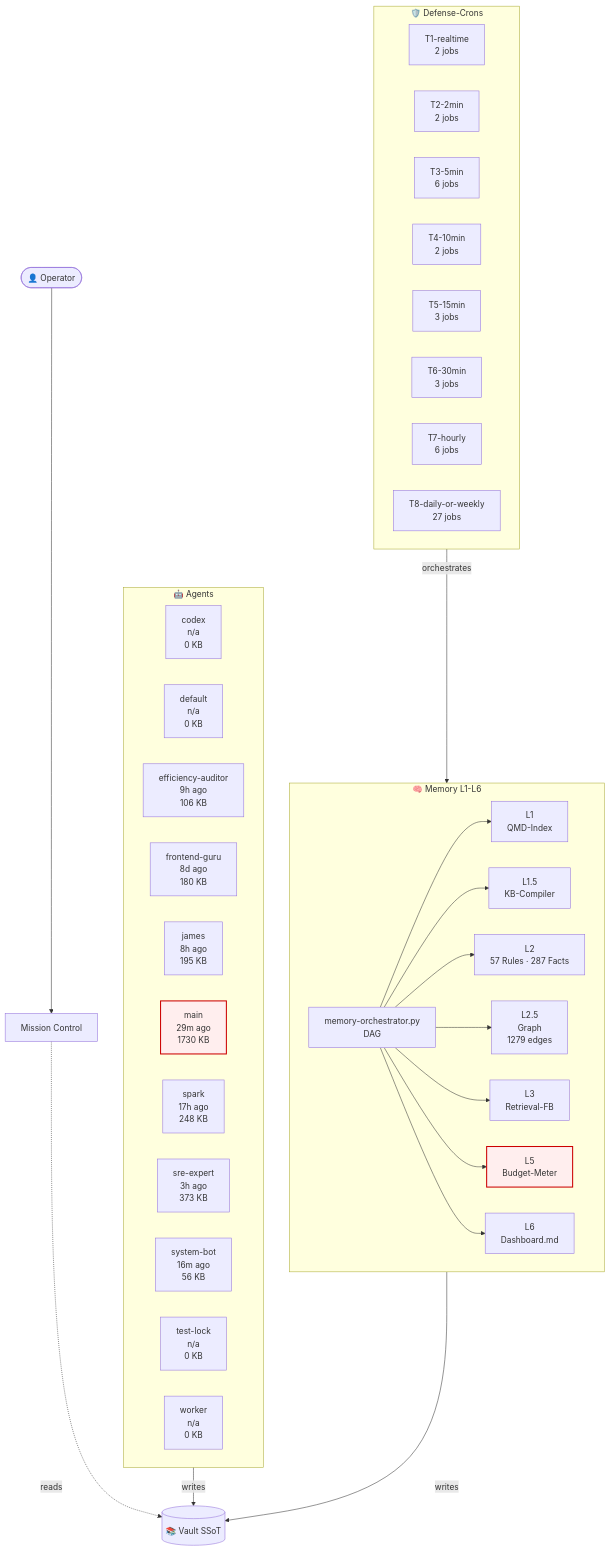
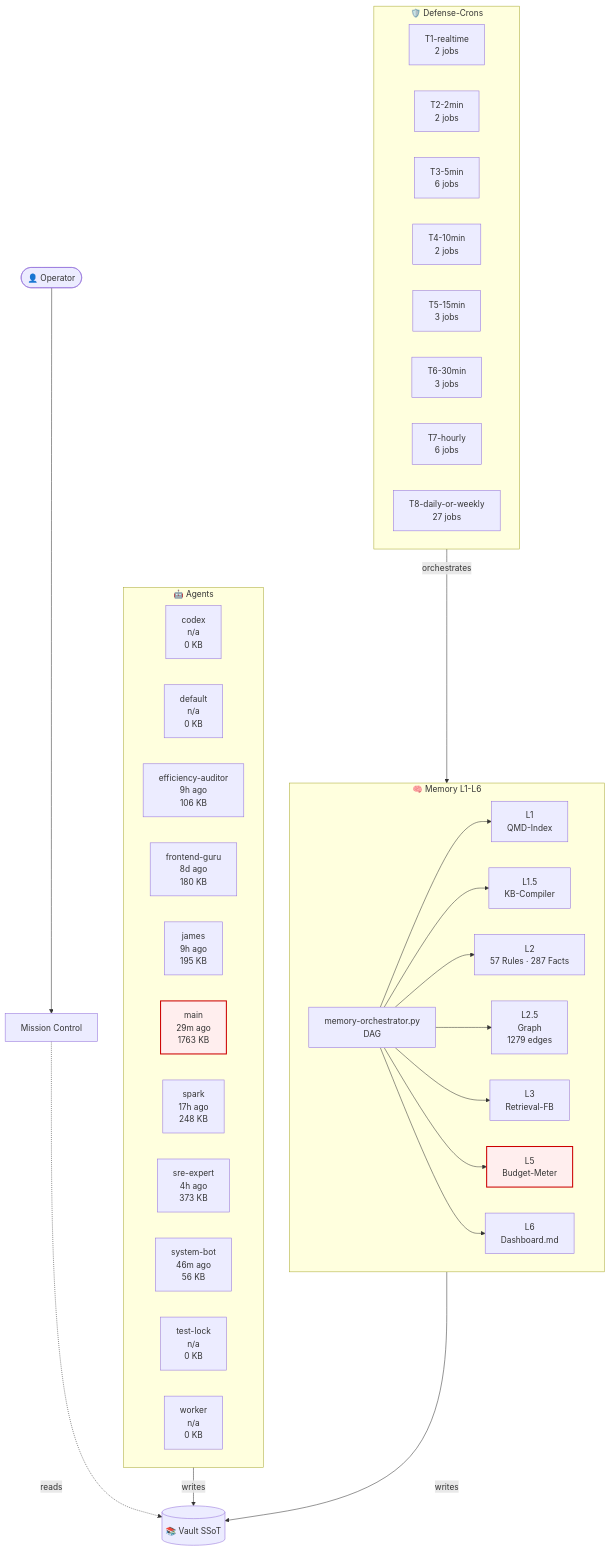
Before and after one commit to lenardhuebner88-rgb/openclaw-memory: the diagram in 03-Agents/architecture-live.md, drawn with Mermaid. The commit also changed other lines of this file and 13 other files, not shown here.

````diff
--- a/03-Agents/architecture-live.md
+++ b/03-Agents/architecture-live.md
@@ -18,54 +18,54 @@
 ```mermaid
 flowchart TB
     classDef critical fill:#fee,stroke:#c00,stroke-width:2px;
     subgraph AGT["🤖 Agents"]
         agent_codex["codex<br/>n/a<br/>0 KB"]
         agent_default["default<br/>n/a<br/>0 KB"]
         agent_efficiency_auditor["efficiency-auditor<br/>9h ago<br/>106 KB"]
         agent_frontend_guru["frontend-guru<br/>8d ago<br/>180 KB"]
-        agent_james["james<br/>8h ago<br/>195 KB"]
-        agent_main["main<br/>29m ago<br/>1730 KB"]
+        agent_james["james<br/>9h ago<br/>195 KB"]
+        agent_main["main<br/>29m ago<br/>1763 KB"]
         agent_spark["spark<br/>17h ago<br/>248 KB"]
-        agent_sre_expert["sre-expert<br/>3h ago<br/>373 KB"]
-        agent_system_bot["system-bot<br/>16m ago<br/>56 KB"]
+        agent_sre_expert["sre-expert<br/>4h ago<br/>373 KB"]
+        agent_system_bot["system-bot<br/>46m ago<br/>56 KB"]
         agent_test_lock["test-lock<br/>n/a<br/>0 KB"]
         agent_worker["worker<br/>n/a<br/>0 KB"]
     end
     subgraph MEM["🧠 Memory L1-L6"]
         L1["L1<br/>QMD-Index"]
         L15["L1.5<br/>KB-Compiler"]
         L2["L2<br/>57 Rules · 287 Facts"]
         L25["L2.5<br/>Graph<br/>1279 edges"]
         L3["L3<br/>Retrieval-FB"]
         L5["L5<br/>Budget-Meter"]
         L6["L6<br/>Dashboard.md"]
         ORCH["memory-orchestrator.py<br/>DAG"]
     end
     subgraph CRN["🛡️ Defense-Crons"]
         tier_T1_realtime["T1-realtime<br/>2 jobs"]
         tier_T2_2min["T2-2min<br/>2 jobs"]
         tier_T3_5min["T3-5min<br/>6 jobs"]
         tier_T4_10min["T4-10min<br/>2 jobs"]
         tier_T5_15min["T5-15min<br/>3 jobs"]
         tier_T6_30min["T6-30min<br/>3 jobs"]
         tier_T7_hourly["T7-hourly<br/>6 jobs"]
         tier_T8_daily_or_weekly["T8-daily-or-weekly<br/>27 jobs"]
     end
     VAULT[("📚 Vault SSoT")]
     OP([👤 Operator])
     MC["Mission Control"]
     OP --> MC
     MC -.reads.-> VAULT
     AGT -->|writes| VAULT
     MEM -->|writes| VAULT
     ORCH --> L1
     ORCH --> L15
     ORCH --> L2
     ORCH --> L25
     ORCH --> L3
     ORCH --> L5
     ORCH --> L6
     CRN -->|orchestrates| MEM
     class L5 critical
     class agent_main critical
 ```
````
